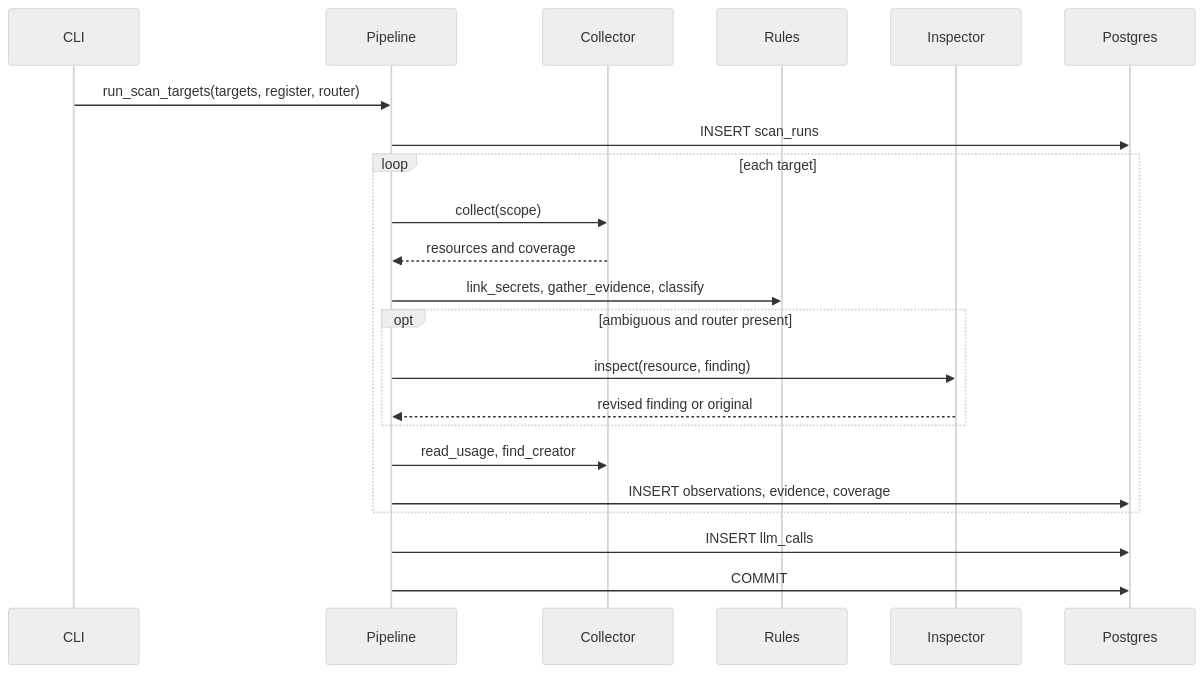
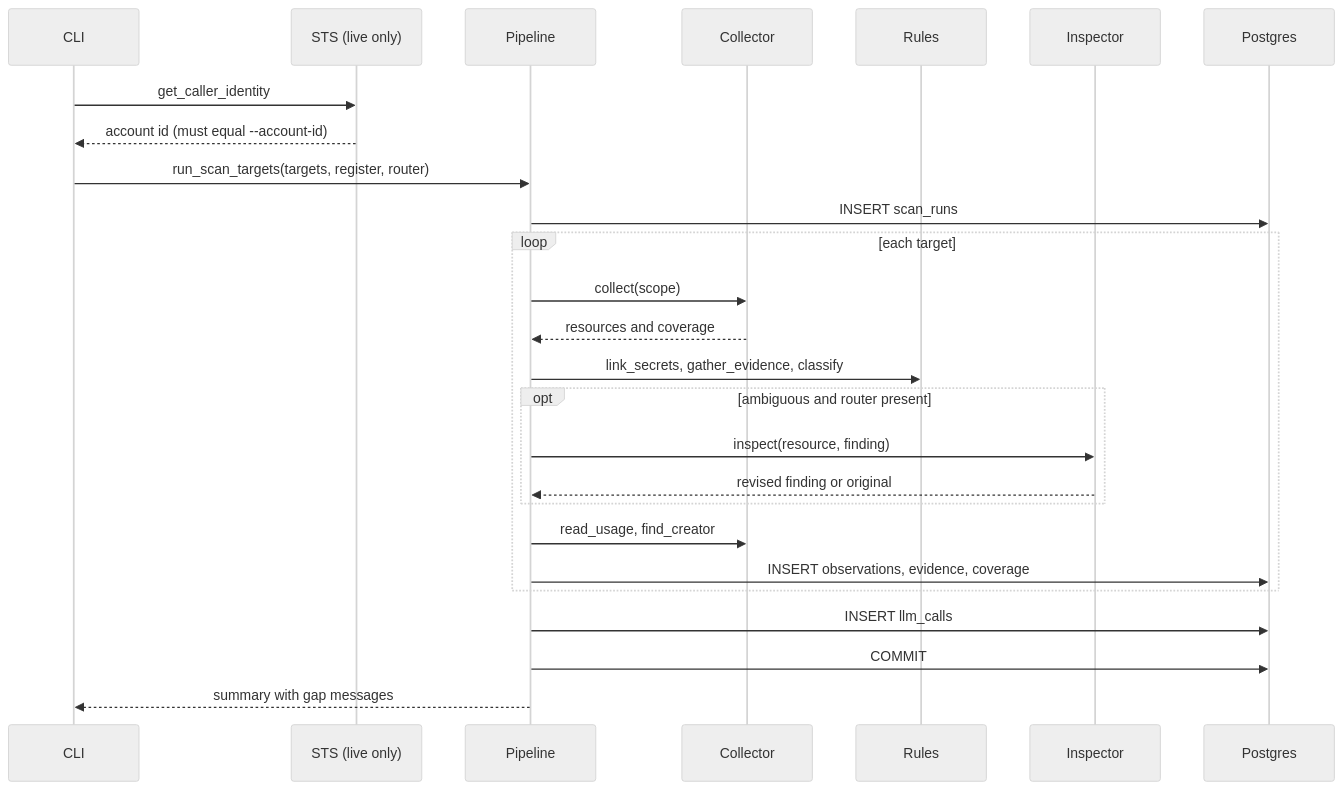
The third of 4 diagrams in docs/TECHNICAL.md (SahilArate/cloud-AI-discovery-agent), drawn with Mermaid (neutral theme) before and after one commit. The commit also changed other lines of this file and 3 other files, not shown here.

````diff
--- a/docs/TECHNICAL.md
+++ b/docs/TECHNICAL.md
@@ -210,24 +218,28 @@
 ```mermaid
 sequenceDiagram
     participant C as CLI
+    participant S as STS (live only)
     participant P as Pipeline
     participant K as Collector
     participant R as Rules
     participant I as Inspector
     participant D as Postgres
+    C->>S: get_caller_identity
+    S-->>C: account id (must equal --account-id)
     C->>P: run_scan_targets(targets, register, router)
     P->>D: INSERT scan_runs
     loop each target
         P->>K: collect(scope)
         K-->>P: resources and coverage
         P->>R: link_secrets, gather_evidence, classify
         opt ambiguous and router present
             P->>I: inspect(resource, finding)
             I-->>P: revised finding or original
         end
         P->>K: read_usage, find_creator
         P->>D: INSERT observations, evidence, coverage
     end
     P->>D: INSERT llm_calls
     P->>D: COMMIT
+    P-->>C: summary with gap messages
 ```
````
